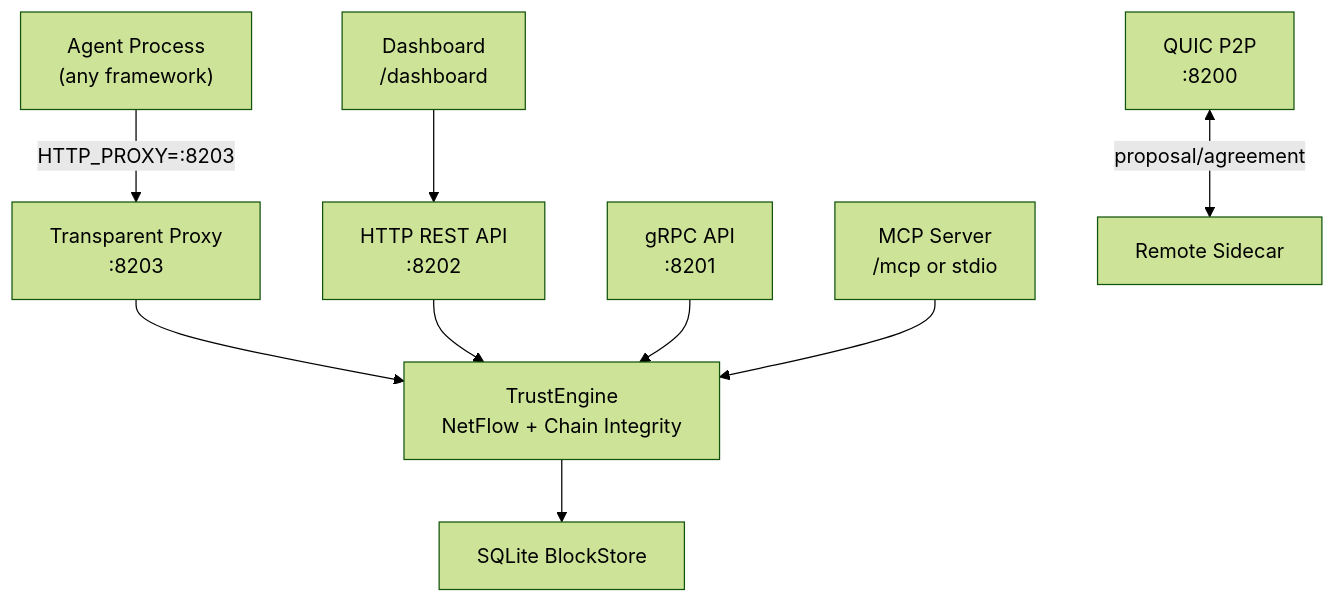
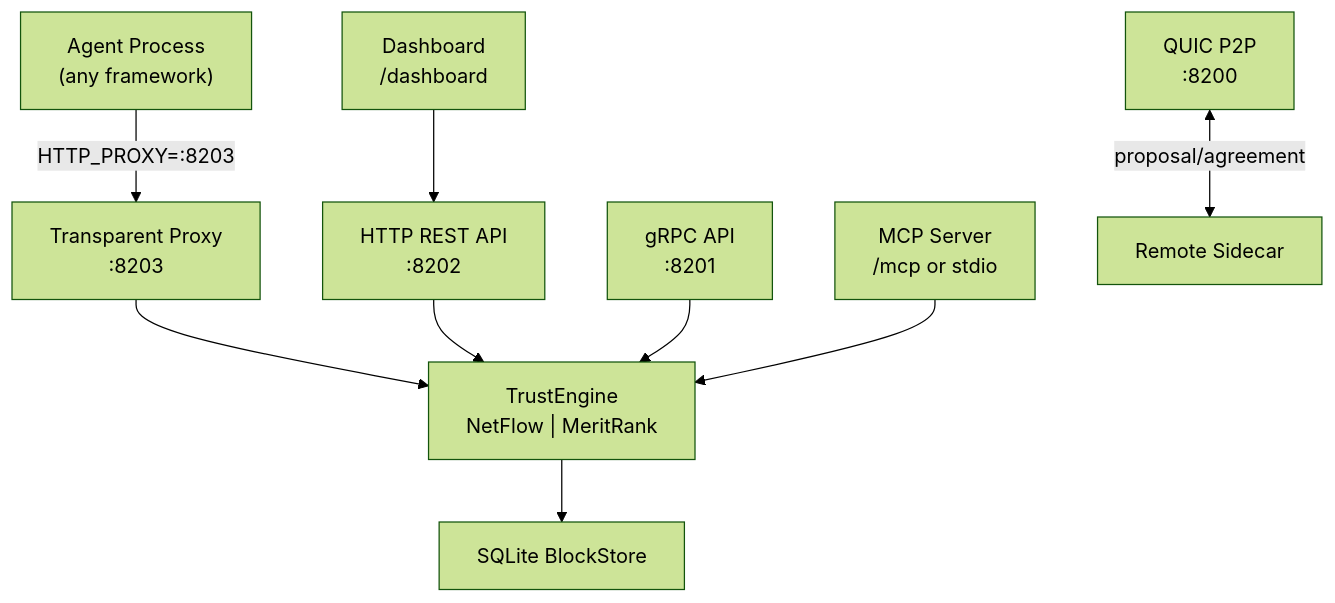
Before and after one commit to viftode4/trustchain: the diagram in README.md, drawn with Mermaid (forest theme). The commit also changed other lines of this file and 19 other files, not shown here.

First line of the commit message:
feat: trust model v3 — MeritRank default, IPv8, context-scoped trust, cold start blending

````diff
--- a/README.md
+++ b/README.md
@@ -72,21 +73,21 @@
 ```mermaid
 graph TD
     Agent["Agent Process\n(any framework)"]
     Proxy["Transparent Proxy\n:8203"]
     HTTP["HTTP REST API\n:8202"]
     GRPC["gRPC API\n:8201"]
     QUIC["QUIC P2P\n:8200"]
     Dashboard["Dashboard\n/dashboard"]
     MCP["MCP Server\n/mcp or stdio"]
-    Core["TrustEngine\nNetFlow + Chain Integrity"]
+    Core["TrustEngine\nNetFlow | MeritRank"]
     Store["SQLite BlockStore"]
 
     Agent -->|HTTP_PROXY=:8203| Proxy
     Proxy --> Core
     HTTP --> Core
     GRPC --> Core
     Dashboard --> HTTP
     MCP --> Core
     Core --> Store
     QUIC <-->|proposal/agreement| RemoteSidecar["Remote Sidecar"]
 ```
````
